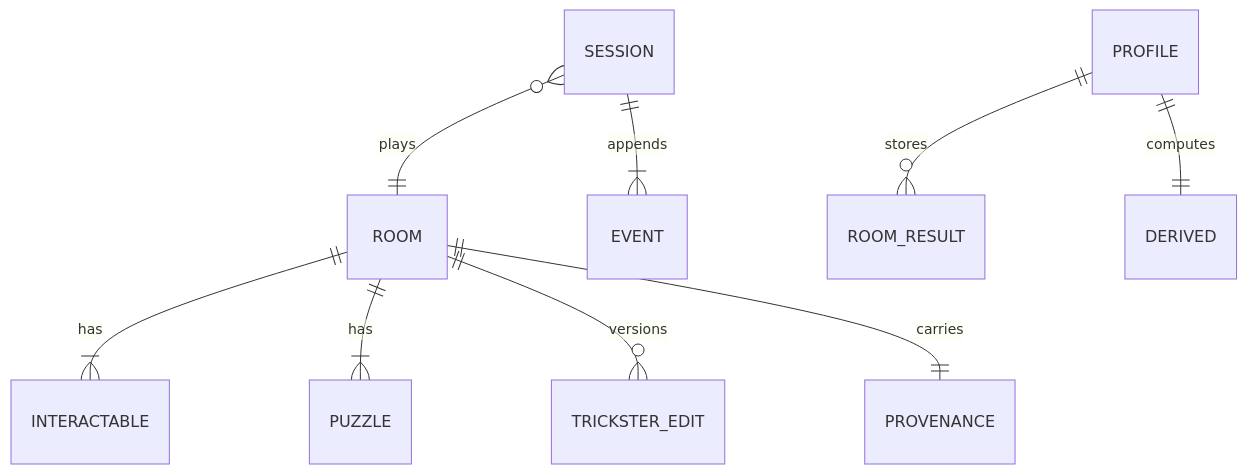
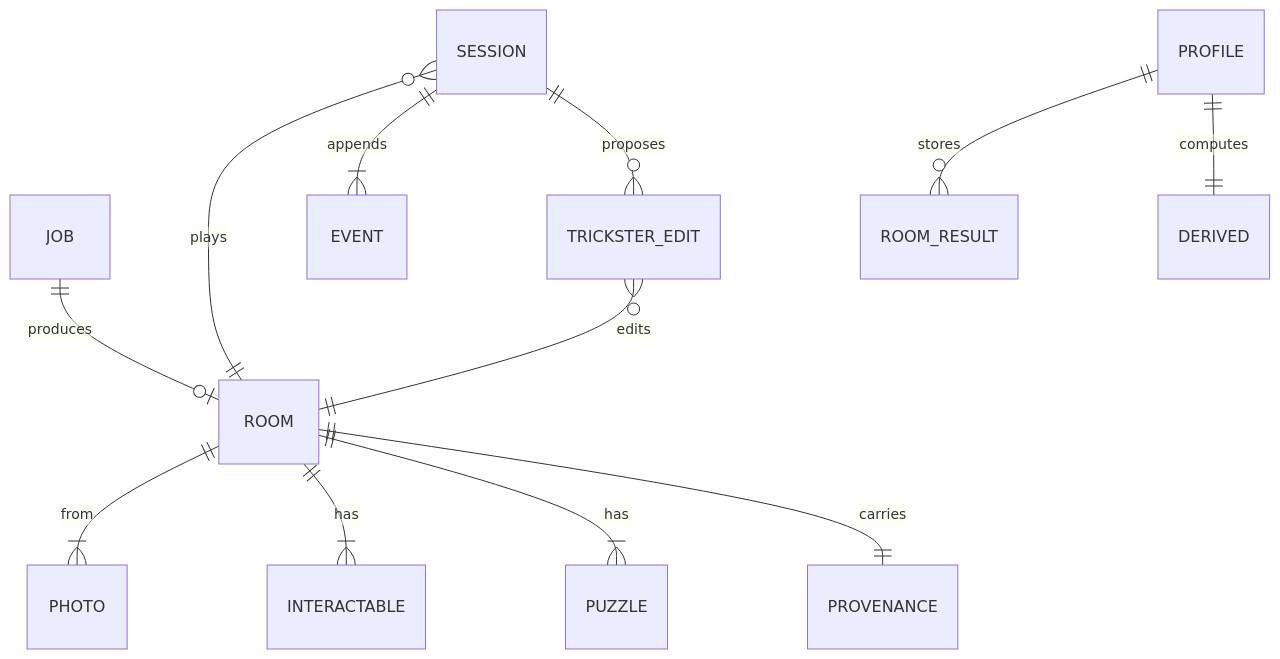
The fourth of 4 diagrams in docs/planning-artifacts/architecture/architecture-Keyframe-2026-10-21/ARCHITECTURE-SPINE.md (lutic1/meta-hackathon-2026), drawn with Mermaid before and after one commit. The commit also changed other lines of this file and 10 other files, not shown here.

Commit message:
Architecture spine finalized after the reviewer gate (18 ADs); spec adopts the spine as a companion; cut-1 wording aligned

````diff
--- a/docs/planning-artifacts/architecture/architecture-Keyframe-2026-10-21/ARCHITECTURE-SPINE.md
+++ b/docs/planning-artifacts/architecture/architecture-Keyframe-2026-10-21/ARCHITECTURE-SPINE.md
@@ -231,11 +257,14 @@
 ```mermaid
 erDiagram
+  JOB ||--o| ROOM : produces
+  ROOM ||--|{ PHOTO : from
   ROOM ||--|{ INTERACTABLE : has
   ROOM ||--|{ PUZZLE : has
-  ROOM ||--o{ TRICKSTER_EDIT : versions
   ROOM ||--|| PROVENANCE : carries
   SESSION }o--|| ROOM : plays
   SESSION ||--|{ EVENT : appends
+  SESSION ||--o{ TRICKSTER_EDIT : proposes
+  TRICKSTER_EDIT }o--|| ROOM : edits
   PROFILE ||--o{ ROOM_RESULT : stores
   PROFILE ||--|| DERIVED : computes
 ```
````
